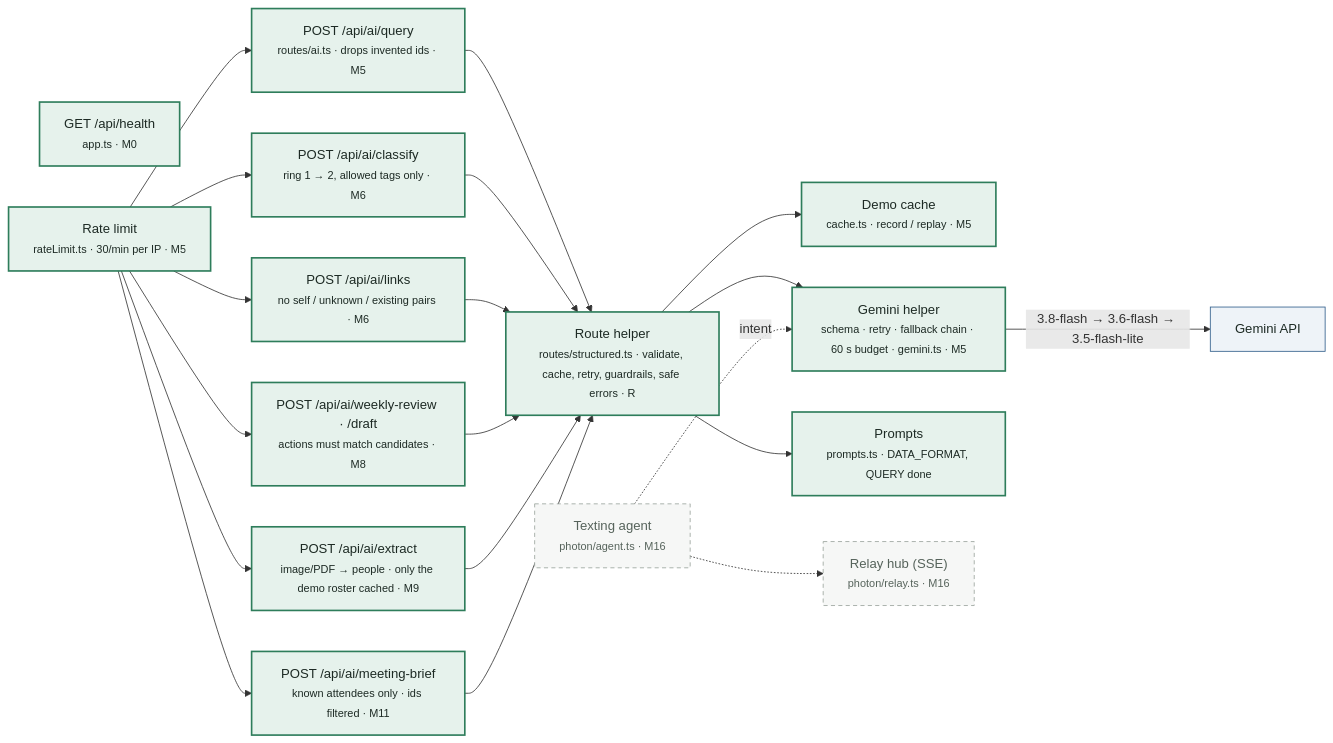
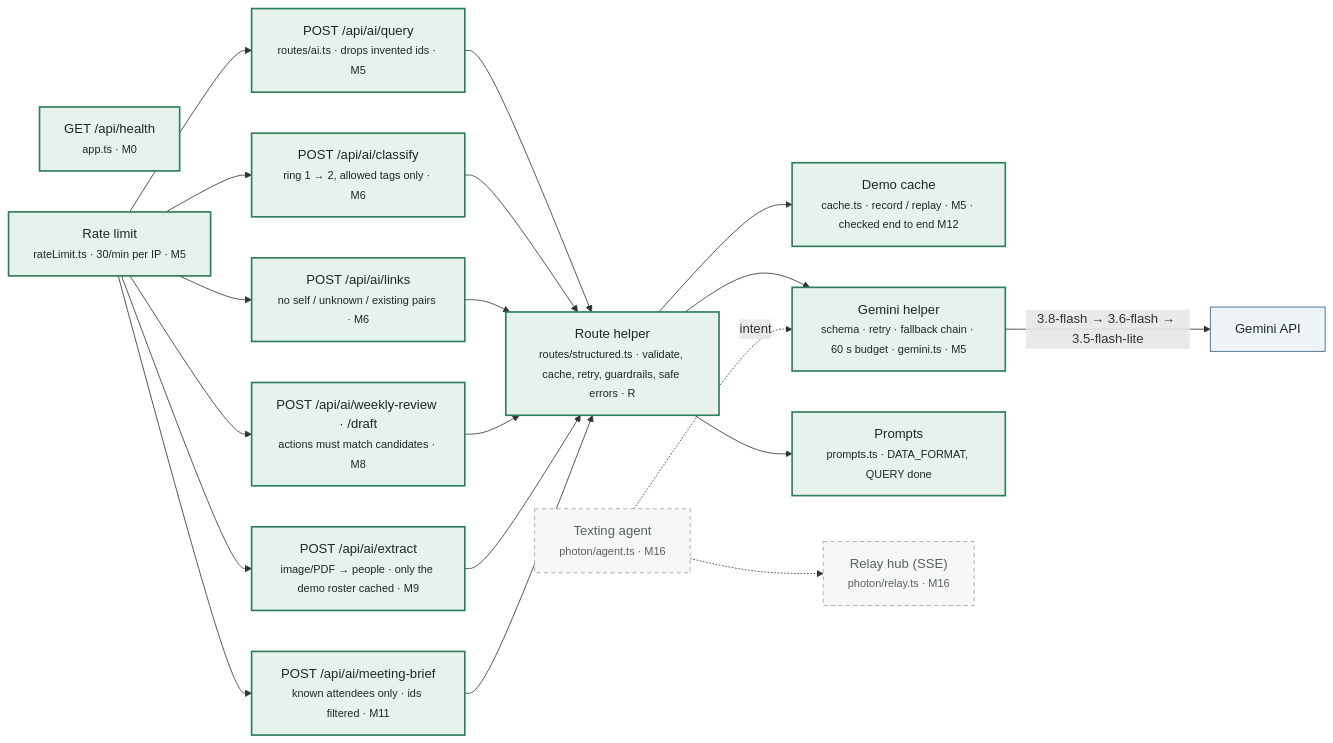
One commit to trafwel/ConnectWork changed the third of 3 diagrams in docs/ARCHITECTURE.md. Above: the diagram before and after it, drawn with Mermaid. The commit also changed other lines of this file and 11 other files, not shown here.

First line of the commit message:
M12: demo hardening (record/replay checked, browser offline fallback)

````diff
--- a/docs/ARCHITECTURE.md
+++ b/docs/ARCHITECTURE.md
@@ -133,41 +135,41 @@
 ```mermaid
 flowchart LR
   Health["GET /api/health<br/><small>app.ts · M0</small>"]:::built
   Limit["Rate limit<br/><small>rateLimit.ts · 30/min per IP · M5</small>"]:::built
   Query["POST /api/ai/query<br/><small>routes/ai.ts · drops invented ids · M5</small>"]:::built
   Classify["POST /api/ai/classify<br/><small>ring 1 → 2, allowed tags only · M6</small>"]:::built
   Links["POST /api/ai/links<br/><small>no self / unknown / existing pairs · M6</small>"]:::built
   WeeklyR["POST /api/ai/weekly-review · /draft<br/><small>actions must match candidates · M8</small>"]:::built
   Extract["POST /api/ai/extract<br/><small>image/PDF → people · only the demo roster cached · M9</small>"]:::built
   Brief["POST /api/ai/meeting-brief<br/><small>known attendees only · ids filtered · M11</small>"]:::built
   Helper["Route helper<br/><small>routes/structured.ts · validate, cache, retry, guardrails, safe errors · R</small>"]:::built
-  Cache["Demo cache<br/><small>cache.ts · record / replay · M5</small>"]:::built
+  Cache["Demo cache<br/><small>cache.ts · record / replay · M5 · checked end to end M12</small>"]:::built
   GeminiH["Gemini helper<br/><small>schema · retry · fallback chain · 60 s budget · gemini.ts · M5</small>"]:::built
   Prompts["Prompts<br/><small>prompts.ts · DATA_FORMAT, QUERY done</small>"]:::built
   Agent["Texting agent<br/><small>photon/agent.ts · M16</small>"]:::planned
   Hub["Relay hub (SSE)<br/><small>photon/relay.ts · M16</small>"]:::planned
   Gemini["Gemini API"]:::external
 
   Limit --> Query
   Limit --> Classify
   Limit --> Links
   Limit --> WeeklyR
   Limit --> Extract
   Limit --> Brief
   Query --> Helper
   Classify --> Helper
   Links --> Helper
   WeeklyR --> Helper
   Extract --> Helper
   Brief --> Helper
   Helper --> Cache
   Helper --> GeminiH
   Helper --> Prompts
   GeminiH -->|"3.8-flash → 3.6-flash → 3.5-flash-lite"| Gemini
   Agent -.->|"intent"| GeminiH
   Agent -.-> Hub
 
   classDef built fill:#e6f2ec,stroke:#2e7d5b,stroke-width:2px,color:#1d2a24;
   classDef planned fill:#f6f7f6,stroke:#9aa39c,stroke-dasharray:5 4,color:#56635b;
   classDef external fill:#eef3f8,stroke:#2f5d8a,color:#1d2a24;
 ```
````
